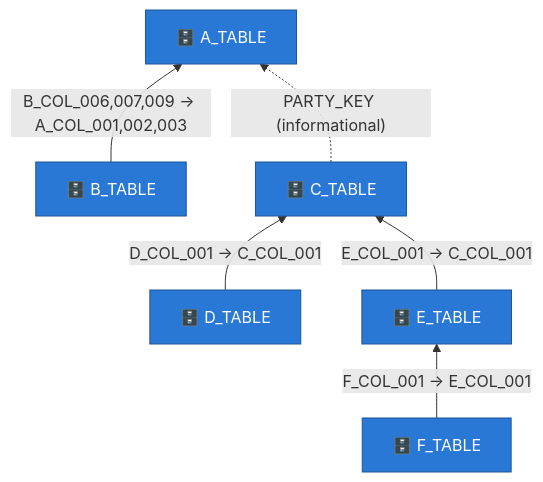
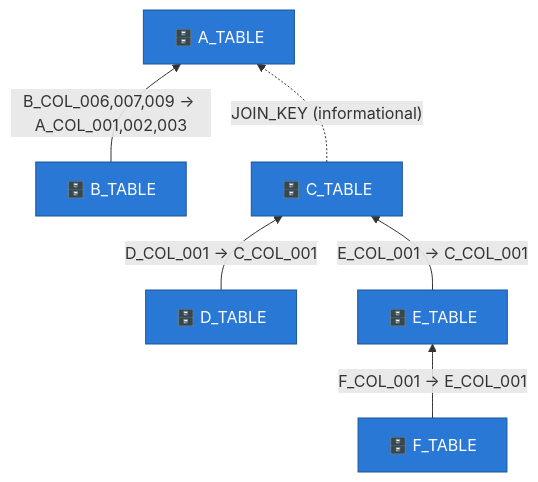
The first of 2 diagrams in docs/designs/2026-08-22-fk-model-generation-scenarios.md (albertols/synthetic-llm-dataflow-bigquery), drawn with Mermaid before and after one commit. The commit also changed other lines of this file and 50 other files, not shown here.

````diff
--- a/docs/designs/2026-08-22-fk-model-generation-scenarios.md
+++ b/docs/designs/2026-08-22-fk-model-generation-scenarios.md
@@ -60,10 +60,10 @@
 ```mermaid
 flowchart BT
   B["🗄️ B_TABLE"] -->|"B_COL_006,007,009 → A_COL_001,002,003"| A["🗄️ A_TABLE"]
-  C["🗄️ C_TABLE"] -.->|"PARTY_KEY (informational)"| A
+  C["🗄️ C_TABLE"] -.->|"JOIN_KEY (informational)"| A
   D["🗄️ D_TABLE"] -->|"D_COL_001 → C_COL_001"| C
   E["🗄️ E_TABLE"] -->|"E_COL_001 → C_COL_001"| C
   F["🗄️ F_TABLE"] -->|"F_COL_001 → E_COL_001"| E
   classDef store fill:#2a78d6,color:#fff,stroke:#1d5599
   class A,B,C,D,E,F store
 ```
````
